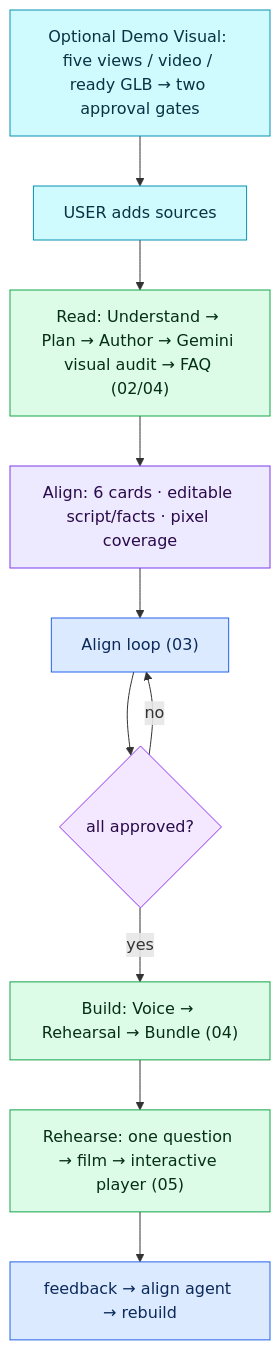
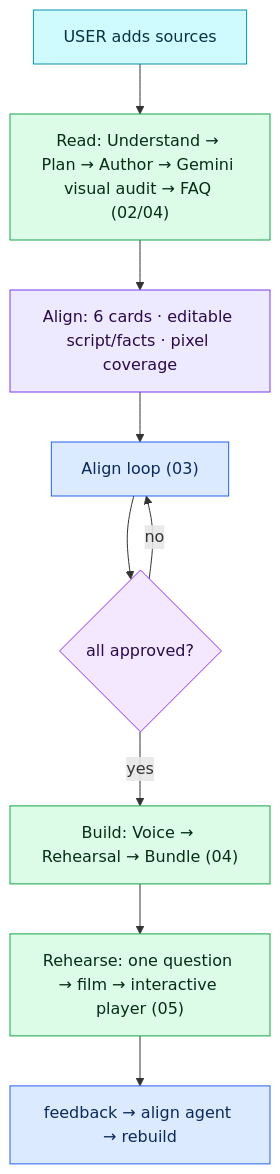
Before and after one commit to APareek89/demo-studio: the diagram in docs/ARCHITECTURE_FLOW.md, drawn with Mermaid. The commit also changed other lines of this file and 35 other files, not shown here.

````diff
--- a/docs/ARCHITECTURE_FLOW.md
+++ b/docs/ARCHITECTURE_FLOW.md
@@ -64,12 +58,12 @@
 ```mermaid
 %% see docs/mermaid/01-master.mmd
 flowchart TD
-  V["Optional Demo Visual: five views / video / ready GLB → two approval gates"]:::ask --> U["USER adds sources"]:::ask --> READ["Read: Understand → Plan → Author → Gemini visual audit → FAQ (02/04)"]:::fn --> CARDS["Align: 6 cards · editable script/facts · pixel coverage"]:::data --> ALIGN["Align loop (03)"]:::agent --> APPR{"all approved?"}:::dec
+  U["USER adds sources"]:::ask --> READ["Read: Understand → Plan → Author → Gemini visual audit → FAQ (02/04)"]:::fn --> CARDS["Align: 6 cards · editable script/facts · pixel coverage"]:::data --> ALIGN["Align loop (03)"]:::agent --> APPR{"all approved?"}:::dec
   APPR -- "yes" --> BUILD["Build: Voice → Rehearsal → Bundle (04)"]:::fn --> PLAY["Rehearse: one question → film → interactive player (05)"]:::fn --> FB["feedback → align agent → rebuild"]:::agent
   APPR -- "no" --> ALIGN
   classDef agent fill:#dbeafe,stroke:#2563eb,color:#0b2a5b;
   classDef fn fill:#dcfce7,stroke:#16a34a,color:#052e16;
   classDef dec fill:#f3e8ff,stroke:#9333ea,color:#2a0a4a;
   classDef data fill:#ede9fe,stroke:#7c3aed,color:#2a0a4a;
   classDef ask fill:#cffafe,stroke:#0891b2,color:#083344;
 ```
````
